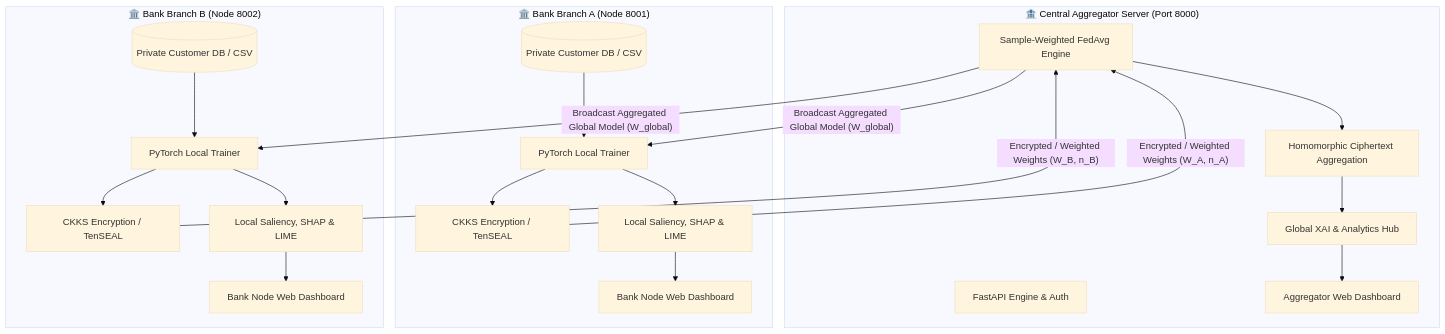
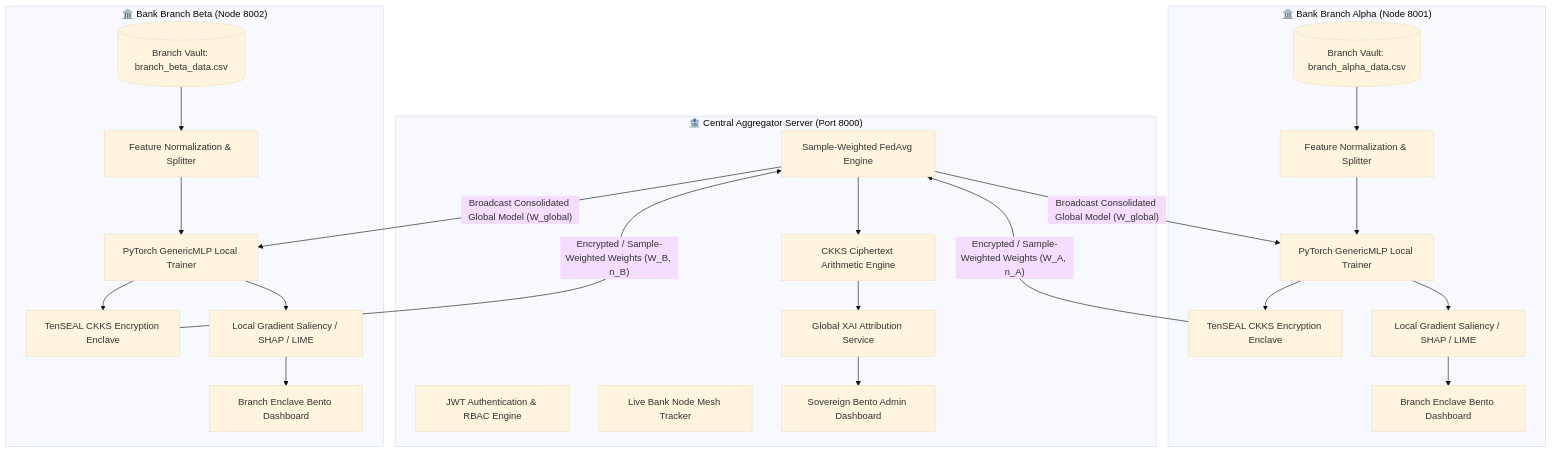
Before and after one commit to prathmesh-nitnaware/FedVault_AI: the diagram in README.md, drawn with Mermaid (base theme). The commit also changed other lines of this file, not shown here.

Commit message:
docs: write comprehensive technical README with architecture, mathematical foundations, and complete API reference

````diff
--- a/README.md
+++ b/README.md
@@ -51,39 +83,42 @@
 ```mermaid
 flowchart TD
-    subgraph Central_Aggregator ["🏦 Central Aggregator Server (Port 8000)"]
-        A1[FastAPI Engine & Auth]
-        A2[Sample-Weighted FedAvg Engine]
-        A3[Homomorphic Ciphertext Aggregation]
-        A4[Global XAI & Analytics Hub]
-        A5[Aggregator Web Dashboard]
+    subgraph Aggregator_Hub ["🏦 Central Aggregator Server (Port 8000)"]
+        S_AUTH["JWT Authentication & RBAC Engine"]
+        S_MESH["Live Bank Node Mesh Tracker"]
+        S_FEDAVG["Sample-Weighted FedAvg Engine"]
+        S_CKKS["CKKS Ciphertext Arithmetic Engine"]
+        S_XAI["Global XAI Attribution Service"]
+        S_UI["Sovereign Bento Admin Dashboard"]
     end
 
-    subgraph Bank_Client_A ["🏛️ Bank Branch A (Node 8001)"]
-        CA1[(Private Customer DB / CSV)]
-        CA2[PyTorch Local Trainer]
-        CA3[CKKS Encryption / TenSEAL]
-        CA4[Local Saliency, SHAP & LIME]
-        CA5[Bank Node Web Dashboard]
+    subgraph Branch_Alpha ["🏛️ Bank Branch Alpha (Node 8001)"]
+        A_VAULT[("Branch Vault: branch_alpha_data.csv")]
+        A_NORM["Feature Normalization & Splitter"]
+        A_PYTORCH["PyTorch GenericMLP Local Trainer"]
+        A_ENC["TenSEAL CKKS Encryption Enclave"]
+        A_XAI["Local Gradient Saliency / SHAP / LIME"]
+        A_UI["Branch Enclave Bento Dashboard"]
     end
 
-    subgraph Bank_Client_B ["🏛️ Bank Branch B (Node 8002)"]
-        CB1[(Private Customer DB / CSV)]
-        CB2[PyTorch Local Trainer]
-        CB3[CKKS Encryption / TenSEAL]
-        CB4[Local Saliency, SHAP & LIME]
-        CB5[Bank Node Web Dashboard]
+    subgraph Branch_Beta ["🏛️ Bank Branch Beta (Node 8002)"]
+        B_VAULT[("Branch Vault: branch_beta_data.csv")]
+        B_NORM["Feature Normalization & Splitter"]
+        B_PYTORCH["PyTorch GenericMLP Local Trainer"]
+        B_ENC["TenSEAL CKKS Encryption Enclave"]
+        B_XAI["Local Gradient Saliency / SHAP / LIME"]
+        B_UI["Branch Enclave Bento Dashboard"]
     end
 
-    CA1 --> CA2 --> CA3
-    CB1 --> CB2 --> CB3
+    A_VAULT --> A_NORM --> A_PYTORCH --> A_ENC
+    B_VAULT --> B_NORM --> B_PYTORCH --> B_ENC
 
-    CA3 -- "Encrypted / Weighted Weights (W_A, n_A)" --> A2
-    CB3 -- "Encrypted / Weighted Weights (W_B, n_B)" --> A2
+    A_ENC -- "Encrypted / Sample-Weighted Weights (W_A, n_A)" --> S_FEDAVG
+    B_ENC -- "Encrypted / Sample-Weighted Weights (W_B, n_B)" --> S_FEDAVG
 
-    A2 --> A3 --> A4 --> A5
-    A2 -- "Broadcast Aggregated Global Model (W_global)" --> CA2
-    A2 -- "Broadcast Aggregated Global Model (W_global)" --> CB2
+    S_FEDAVG --> S_CKKS --> S_XAI --> S_UI
+    S_FEDAVG -- "Broadcast Consolidated Global Model (W_global)" --> A_PYTORCH
+    S_FEDAVG -- "Broadcast Consolidated Global Model (W_global)" --> B_PYTORCH
 
-    CA2 --> CA4 --> CA5
-    CB2 --> CB4 --> CB5
+    A_PYTORCH --> A_XAI --> A_UI
+    B_PYTORCH --> B_XAI --> B_UI
 ```
````
